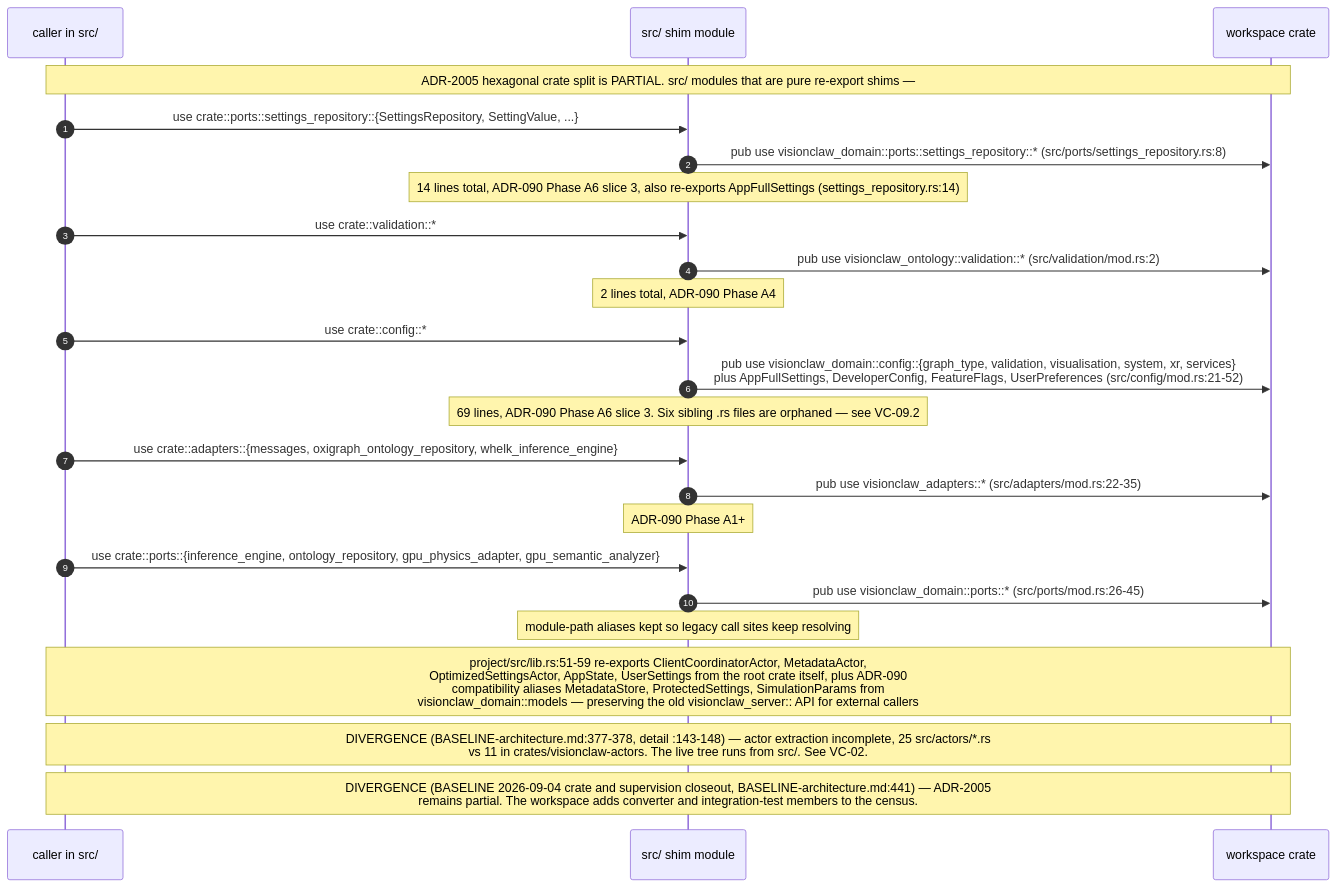
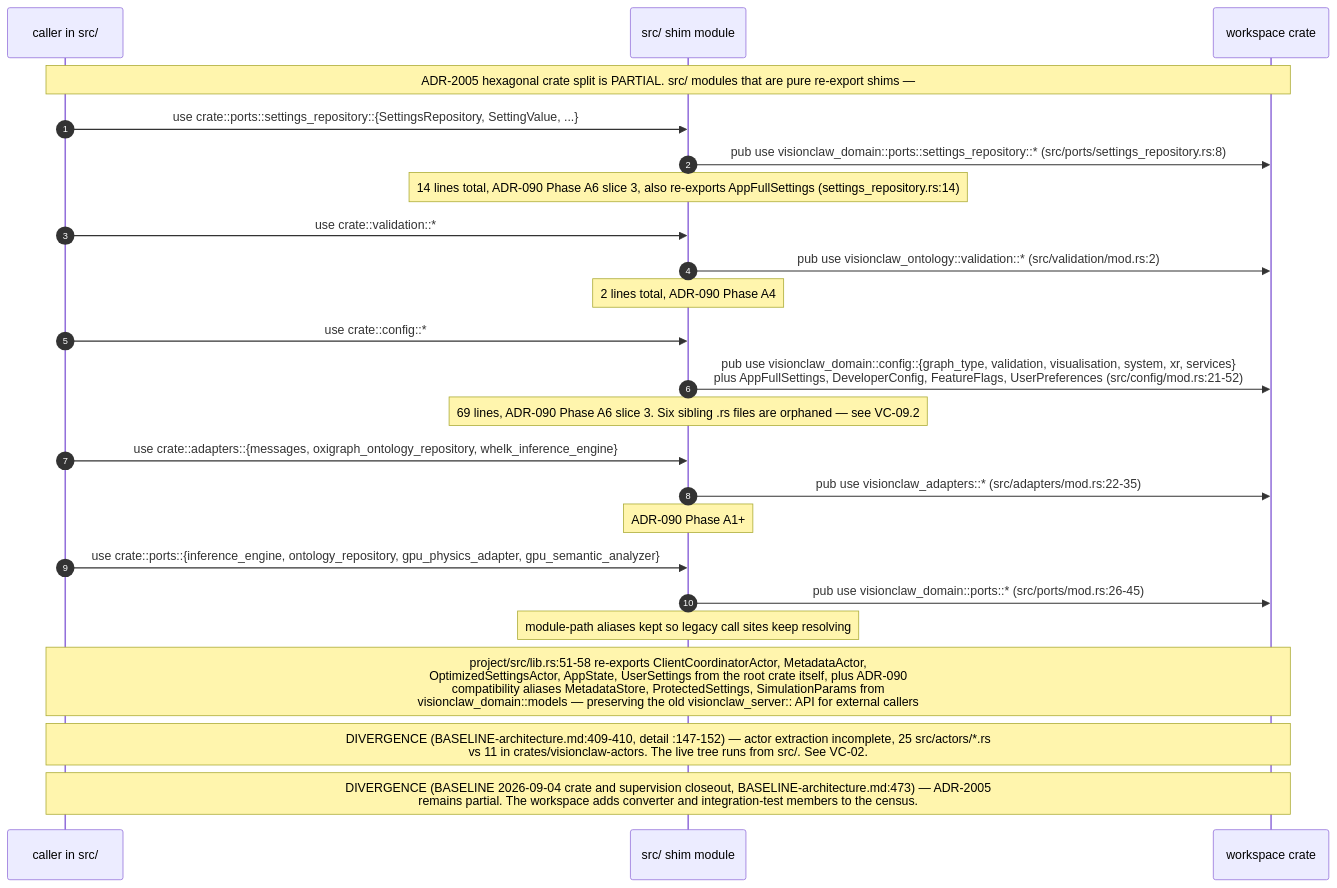
The second of 9 diagrams in docs/diagrams/visionclaw/07-hexagonal-ports-and-crates.md (DreamLab-AI/VisionFlow), drawn with Mermaid before and after one commit. The commit also changed other lines of this file and 46 other files, not shown here.

Commit message:
docs(diagrams): re-verify VisionClaw topics at 809a859aa/a950f4d80 after the consolidation pass

````diff
--- a/docs/diagrams/visionclaw/07-hexagonal-ports-and-crates.md
+++ b/docs/diagrams/visionclaw/07-hexagonal-ports-and-crates.md
@@ -129,27 +127,27 @@
 ```mermaid
 sequenceDiagram
     autonumber
     participant C as caller in src/
     participant SH as src/ shim module
     participant CR as workspace crate
 
     Note over C,CR: ADR-2005 hexagonal crate split is PARTIAL. src/ modules that are pure re-export shims —
     C->>SH: use crate::ports::settings_repository::{SettingsRepository, SettingValue, ...}
     SH->>CR: pub use visionclaw_domain::ports::settings_repository::* (src/ports/settings_repository.rs:8)
     Note over SH: 14 lines total, ADR-090 Phase A6 slice 3, also re-exports AppFullSettings (settings_repository.rs:14)
     C->>SH: use crate::validation::*
     SH->>CR: pub use visionclaw_ontology::validation::* (src/validation/mod.rs:2)
     Note over SH: 2 lines total, ADR-090 Phase A4
     C->>SH: use crate::config::*
     SH->>CR: pub use visionclaw_domain::config::{graph_type, validation, visualisation, system, xr, services}<br/>plus AppFullSettings, DeveloperConfig, FeatureFlags, UserPreferences (src/config/mod.rs:21-52)
     Note over SH: 69 lines, ADR-090 Phase A6 slice 3. Six sibling .rs files are orphaned — see VC-09.2
     C->>SH: use crate::adapters::{messages, oxigraph_ontology_repository, whelk_inference_engine}
     SH->>CR: pub use visionclaw_adapters::* (src/adapters/mod.rs:22-35)
     Note over SH: ADR-090 Phase A1+
     C->>SH: use crate::ports::{inference_engine, ontology_repository, gpu_physics_adapter, gpu_semantic_analyzer}
     SH->>CR: pub use visionclaw_domain::ports::* (src/ports/mod.rs:26-45)
     Note over SH: module-path aliases kept so legacy call sites keep resolving
-    Note over C,CR: project/src/lib.rs:51-59 re-exports ClientCoordinatorActor, MetadataActor,<br/>OptimizedSettingsActor, AppState, UserSettings from the root crate itself, plus ADR-090<br/>compatibility aliases MetadataStore, ProtectedSettings, SimulationParams from<br/>visionclaw_domain::models — preserving the old visionclaw_server:: API for external callers
-    Note over C,CR: DIVERGENCE (BASELINE-architecture.md:377-378, detail :143-148) — actor extraction incomplete, 25 src/actors/*.rs<br/>vs 11 in crates/visionclaw-actors. The live tree runs from src/. See VC-02.
-    Note over C,CR: DIVERGENCE (BASELINE 2026-09-04 crate and supervision closeout, BASELINE-architecture.md:441) — ADR-2005<br/>remains partial. The workspace adds converter and integration-test members to the census.
+    Note over C,CR: project/src/lib.rs:51-58 re-exports ClientCoordinatorActor, MetadataActor,<br/>OptimizedSettingsActor, AppState, UserSettings from the root crate itself, plus ADR-090<br/>compatibility aliases MetadataStore, ProtectedSettings, SimulationParams from<br/>visionclaw_domain::models — preserving the old visionclaw_server:: API for external callers
+    Note over C,CR: DIVERGENCE (BASELINE-architecture.md:409-410, detail :147-152) — actor extraction incomplete, 25 src/actors/*.rs<br/>vs 11 in crates/visionclaw-actors. The live tree runs from src/. See VC-02.
+    Note over C,CR: DIVERGENCE (BASELINE 2026-09-04 crate and supervision closeout, BASELINE-architecture.md:473) — ADR-2005<br/>remains partial. The workspace adds converter and integration-test members to the census.
 ```
````
